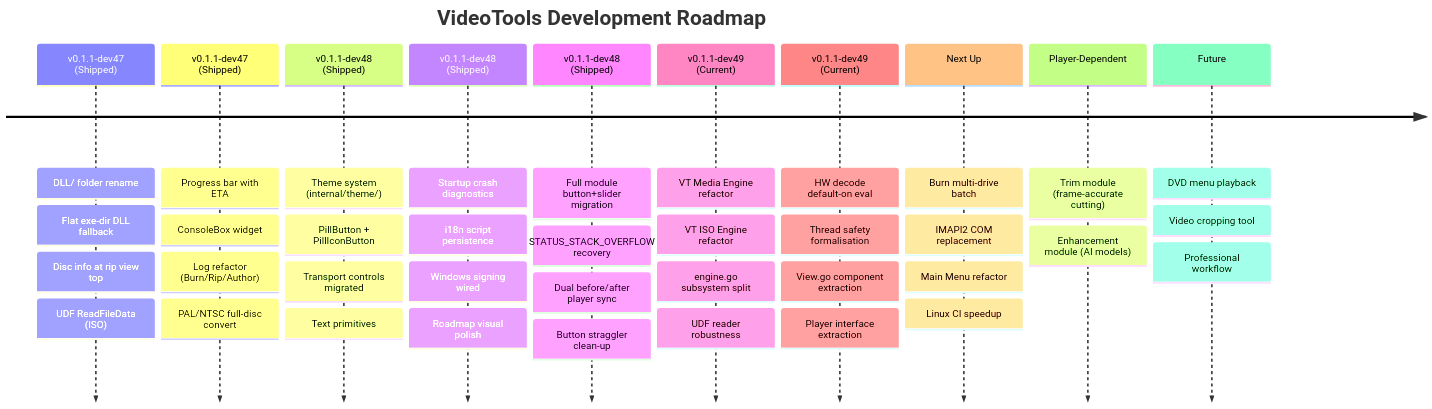
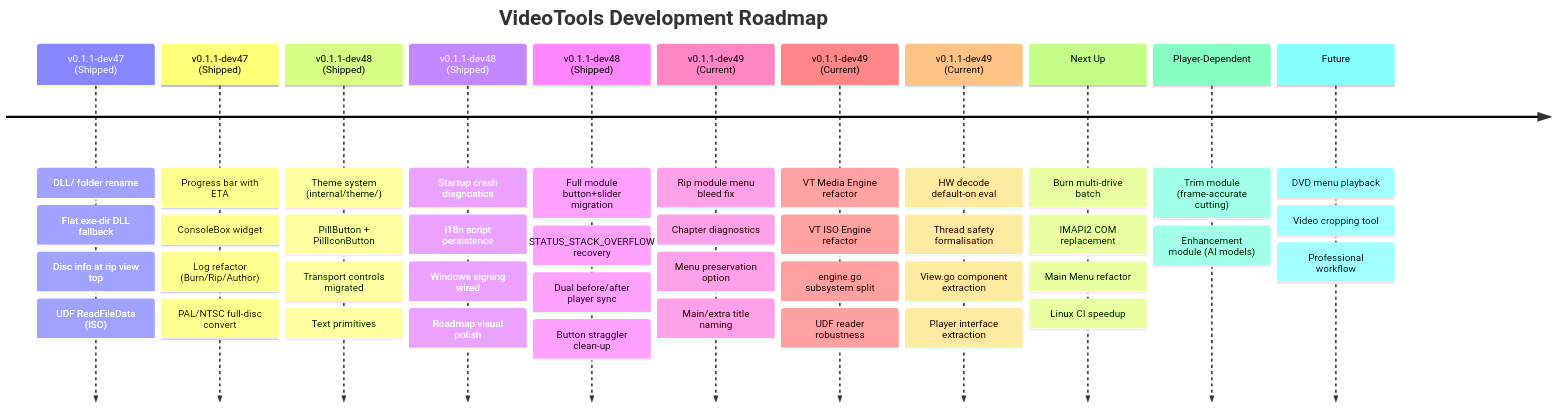
Before and after one commit to LeakTechnologies/VideoTools: the diagram in docs/ROADMAP.md, drawn with Mermaid. The commit also changed other lines of this file and 5 other files, not shown here.

First line of the commit message:
docs: update all 6 docs for rip module fixes (menu bleed, chapters, menu preserveration, main/extra naming)

````diff
--- a/docs/ROADMAP.md
+++ b/docs/ROADMAP.md
@@ -7,14 +7,15 @@
 ```mermaid
 timeline
     title VideoTools Development Roadmap
     v0.1.1-dev47 (Shipped) : DLL/ folder rename : Flat exe-dir DLL fallback : Disc info at rip view top : UDF ReadFileData (ISO)
     v0.1.1-dev47 (Shipped) : Progress bar with ETA : ConsoleBox widget : Log refactor (Burn/Rip/Author) : PAL/NTSC full-disc convert
     v0.1.1-dev48 (Shipped) : Theme system (internal/theme/) : PillButton + PillIconButton : Transport controls migrated : Text primitives
     v0.1.1-dev48 (Shipped) : Startup crash diagnostics : i18n script persistence : Windows signing wired : Roadmap visual polish
     v0.1.1-dev48 (Shipped) : Full module button+slider migration : STATUS_STACK_OVERFLOW recovery : Dual before/after player sync : Button straggler clean-up
+    v0.1.1-dev49 (Current) : Rip module menu bleed fix : Chapter diagnostics : Menu preservation option : Main/extra title naming
     v0.1.1-dev49 (Current) : VT Media Engine refactor : VT ISO Engine refactor : engine.go subsystem split : UDF reader robustness
     v0.1.1-dev49 (Current) : HW decode default-on eval : Thread safety formalisation : View.go component extraction : Player interface extraction
     Next Up : Burn multi-drive batch : IMAPI2 COM replacement : Main Menu refactor : Linux CI speedup
     Player-Dependent : Trim module (frame-accurate cutting) : Enhancement module (AI models)
     Future : DVD menu playback : Video cropping tool : Professional workflow
 ```
````
